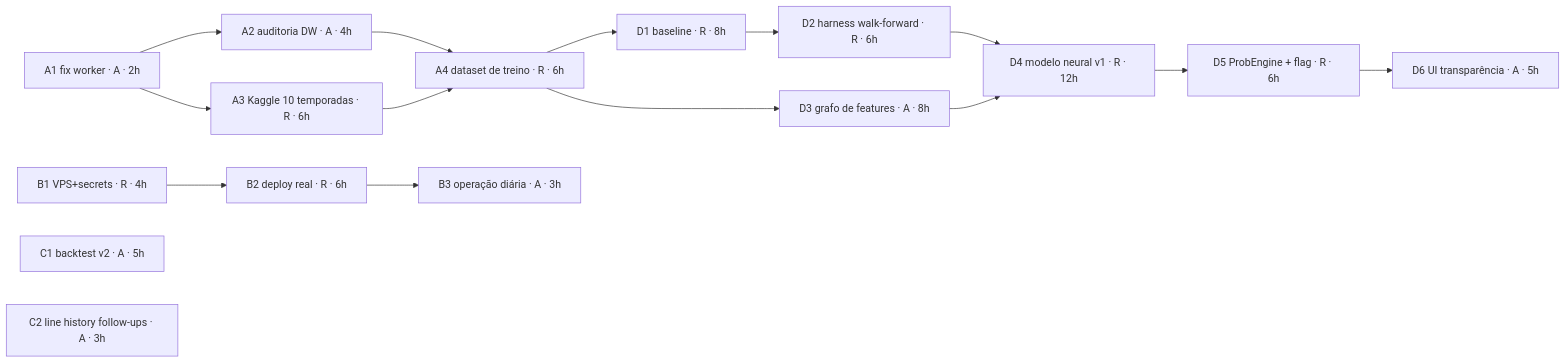
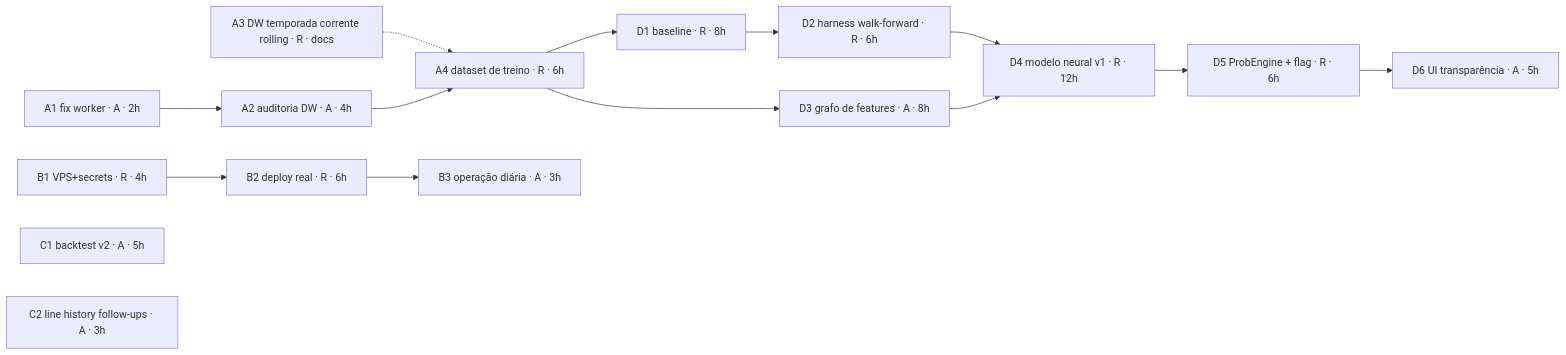
The diagram in docs/PLANO_PROXIMAS_ETAPAS.md (Nba-Scout/AnalyzerNBAscouts), drawn with Mermaid before and after one commit. The commit also changed other lines of this file and 1 other file, not shown here.

First line of the commit message:
docs(A3): redefine A3 — DW de temporada corrente (rolling), backfill Kaggle cancelado

````diff
--- a/docs/PLANO_PROXIMAS_ETAPAS.md
+++ b/docs/PLANO_PROXIMAS_ETAPAS.md
@@ -89,18 +90,17 @@
 ```mermaid
 flowchart LR
   A1[A1 fix worker · A · 2h] --> A2[A2 auditoria DW · A · 4h]
-  A1 --> A3[A3 Kaggle 10 temporadas · R · 6h]
-  A2 --> A4[A4 dataset de treino · R · 6h]
-  A3 --> A4
+  A3[A3 DW temporada corrente rolling · R · docs] -.-> A4[A4 dataset de treino · R · 6h]
+  A2 --> A4
   B1[B1 VPS+secrets · R · 4h] --> B2[B2 deploy real · R · 6h]
   B2 --> B3[B3 operação diária · A · 3h]
   C1[C1 backtest v2 · A · 5h]
   C2[C2 line history follow-ups · A · 3h]
   A4 --> D1[D1 baseline · R · 8h]
   A4 --> D3[D3 grafo de features · A · 8h]
   D1 --> D2[D2 harness walk-forward · R · 6h]
   D2 --> D4[D4 modelo neural v1 · R · 12h]
   D3 --> D4
   D4 --> D5[D5 ProbEngine + flag · R · 6h]
   D5 --> D6[D6 UI transparência · A · 5h]
 ```
````
